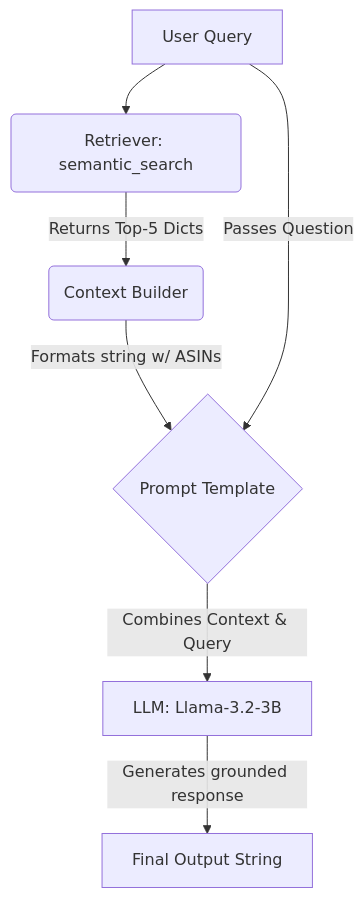
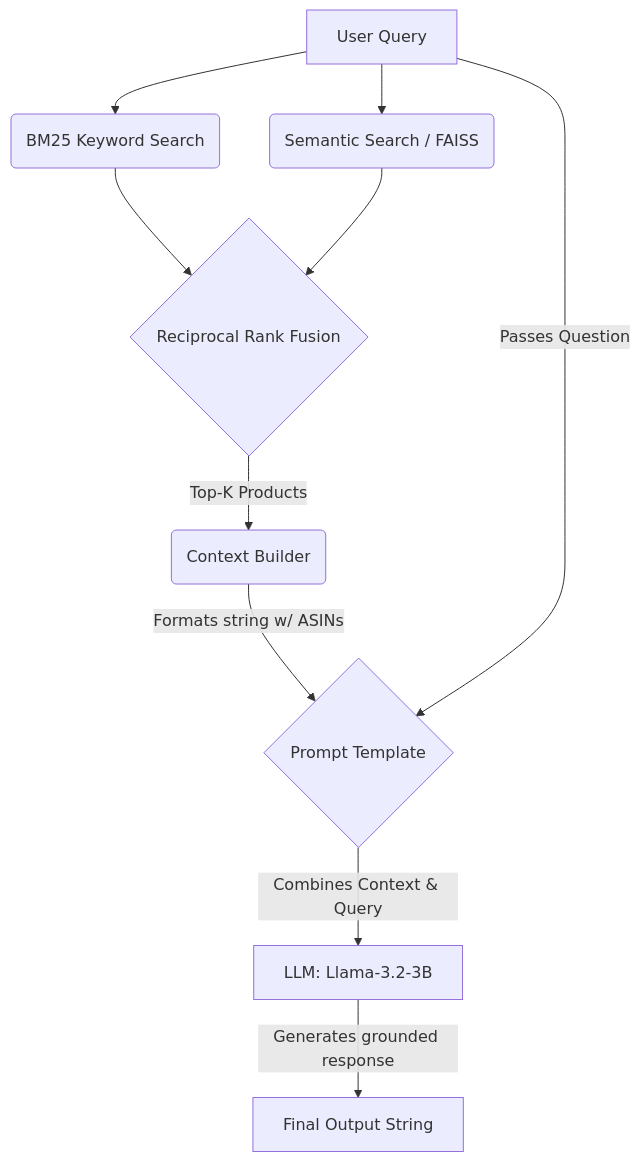
The diagram in README.md (UBC-MDS/DSCI_575_project_sidmlk07_ga446), drawn with Mermaid before and after one commit. The commit also changed other lines of this file, not shown here.

Commit message:
Update mermaid and overview

````diff
--- a/README.md
+++ b/README.md
@@ -23,9 +39,12 @@
 ```mermaid
 graph TD
-    A[User Query] --> B(Retriever: semantic_search)
-    B -->|Returns Top-5 Dicts| C(Context Builder)
-    C -->|Formats string w/ ASINs| D{Prompt Template}
-    A -->|Passes Question| D
-    D -->|Combines Context & Query| E[LLM: Llama-3.2-3B]
-    E -->|Generates grounded response| F[Final Output String]
+    A[User Query] --> B(BM25 Keyword Search)
+    A --> C(Semantic Search / FAISS)
+    B --> D{Reciprocal Rank Fusion}
+    C --> D
+    D -->|Top-K Products| E(Context Builder)
+    E -->|Formats string w/ ASINs| F{Prompt Template}
+    A -->|Passes Question| F
+    F -->|Combines Context & Query| G[LLM: Llama-3.2-3B]
+    G -->|Generates grounded response| H[Final Output String]
 ```
````
